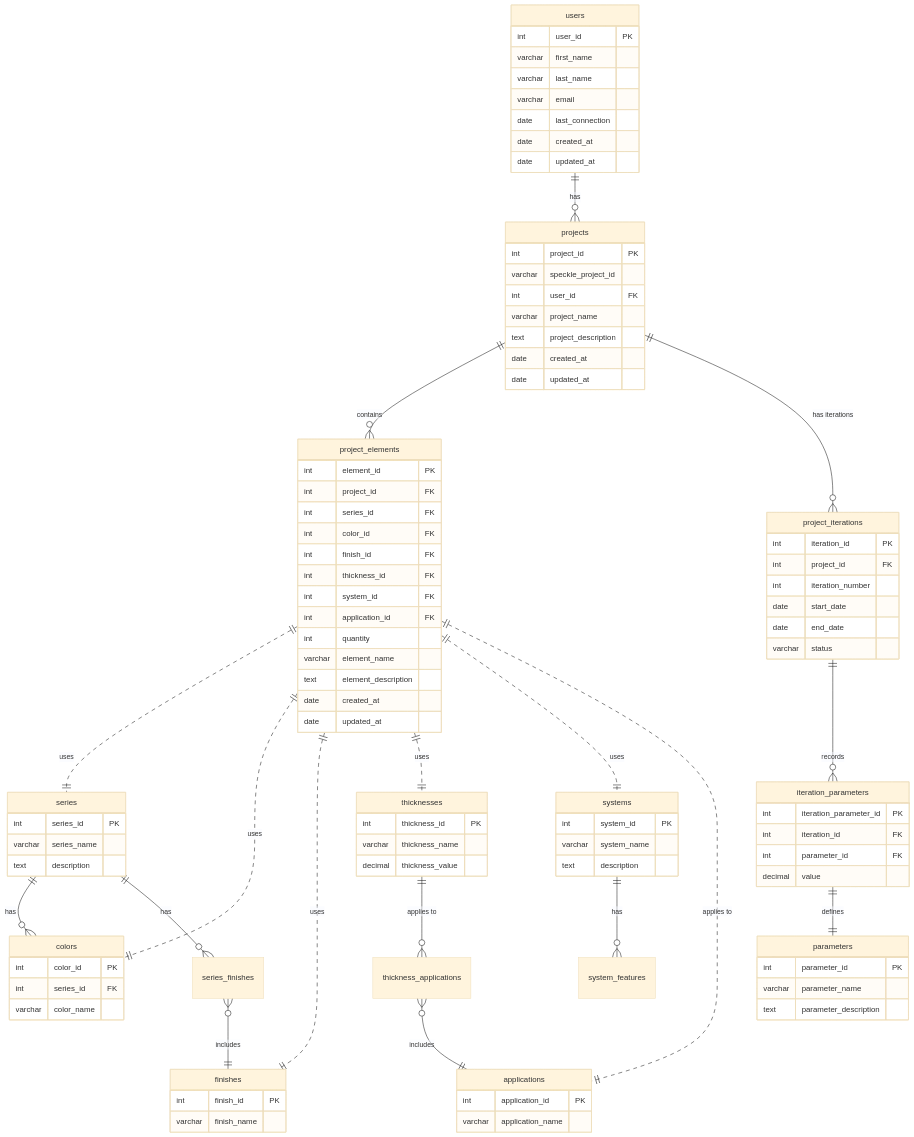
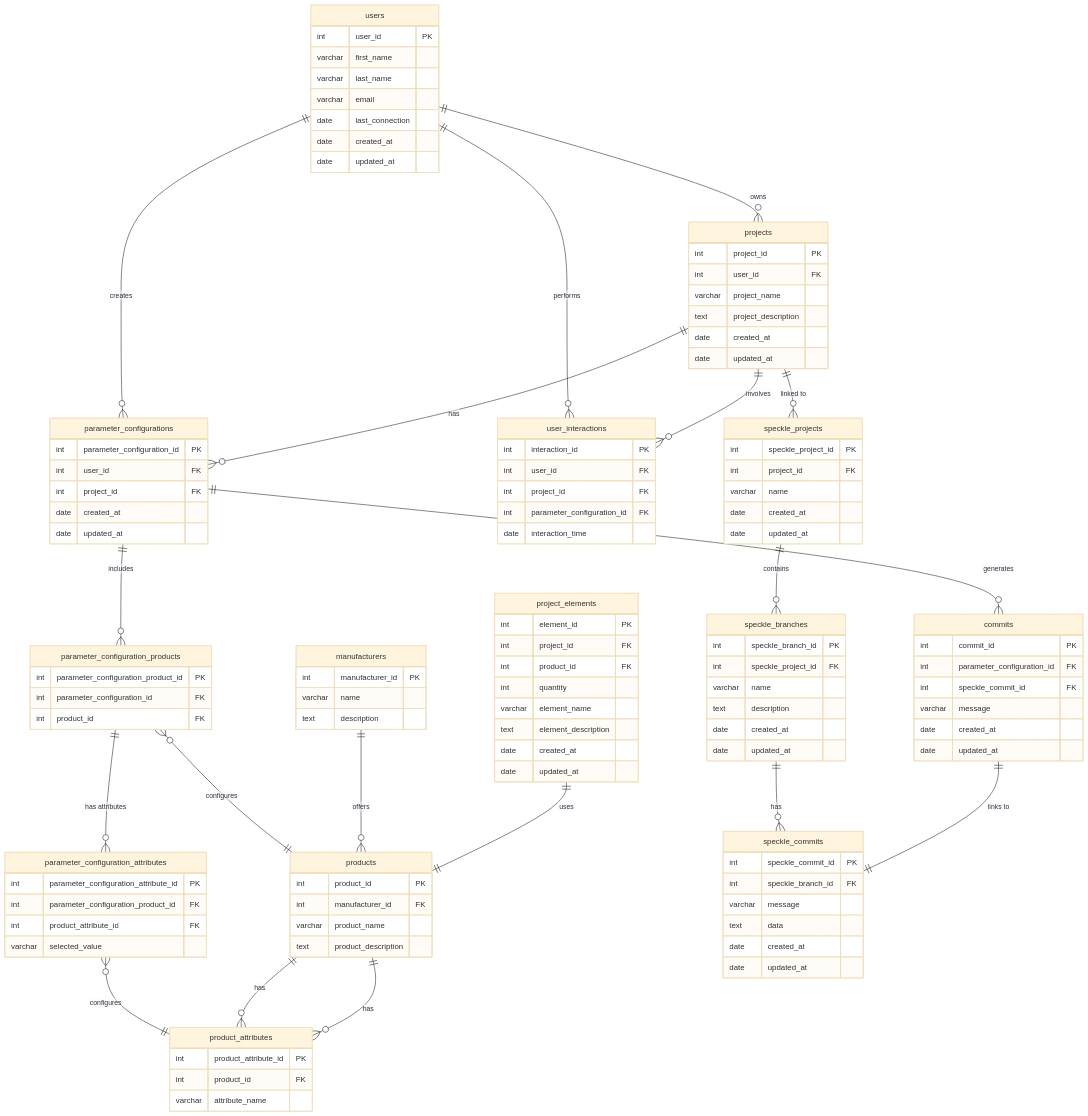
One commit to jan-casas/vsc-compute-dash changed the third of 3 diagrams in README.md. Above: the diagram before and after it, drawn with Mermaid (base theme).

Commit message:
feat: update database structure proposal in README.md

````diff
--- a/README.md
+++ b/README.md
@@ -264,5 +264,34 @@
 ```mermaid
 erDiagram
+
+    %% Users and Projects
+    users ||--o{ projects : "owns"
+    users ||--o{ parameter_configurations : "creates"
+    users ||--o{ user_interactions : "performs"
+
+    projects ||--o{ parameter_configurations : "has"
+    projects ||--o{ speckle_projects : "linked to"
+    projects ||--o{ user_interactions : "involves"
+
+    %% Parameter Configurations and Products
+    parameter_configurations ||--o{ parameter_configuration_products : "includes"
+    parameter_configuration_products }o--|| products : "configures"
+    parameter_configuration_products ||--o{ parameter_configuration_attributes : "has attributes"
+    parameter_configuration_attributes }o--|| product_attributes : "configures"
+
+    %% Speckle Data
+    speckle_projects ||--o{ speckle_branches : "contains"
+    speckle_branches ||--o{ speckle_commits : "has"
+
+    %% Commits
+    parameter_configurations ||--o{ commits : "generates"
+    commits ||--|| speckle_commits : "links to"
+
+    %% Manufacturer Metadata
+    manufacturers ||--o{ products : "offers"
+    products ||--o{ product_attributes : "has"
+
+    %% Existing Entities
     users {
         int user_id PK
         varchar first_name
@@ -275,7 +304,6 @@
 
     projects {
         int project_id PK
-        varchar speckle_project_id
         int user_id FK
         varchar project_name
         text project_description
@@ -283,15 +311,98 @@
         date updated_at
     }
 
+    parameter_configurations {
+        int parameter_configuration_id PK
+        int user_id FK
+        int project_id FK
+        date created_at
+        date updated_at
+    }
+
+    parameter_configuration_products {
+        int parameter_configuration_product_id PK
+        int parameter_configuration_id FK
+        int product_id FK
+    }
+
+    parameter_configuration_attributes {
+        int parameter_configuration_attribute_id PK
+        int parameter_configuration_product_id FK
+        int product_attribute_id FK
+        varchar selected_value
+    }
+
+    product_attributes {
+        int product_attribute_id PK
+        int product_id FK
+        varchar attribute_name
+    }
+
+    products {
+        int product_id PK
+        int manufacturer_id FK
+        varchar product_name
+        text product_description
+    }
+
+    commits {
+        int commit_id PK
+        int parameter_configuration_id FK
+        int speckle_commit_id FK
+        varchar message
+        date created_at
+        date updated_at
+    }
+
+    user_interactions {
+        int interaction_id PK
+        int user_id FK
+        int project_id FK
+        int parameter_configuration_id FK
+        date interaction_time
+    }
+
+    speckle_projects {
+        int speckle_project_id PK
+        int project_id FK
+        varchar name
+        date created_at
+        date updated_at
+    }
+
+    speckle_branches {
+        int speckle_branch_id PK
+        int speckle_project_id FK
+        varchar name
+        text description
+        date created_at
+        date updated_at
+    }
+
+    speckle_commits {
+        int speckle_commit_id PK
+        int speckle_branch_id FK
+        varchar message
+        text data
+        date created_at
+        date updated_at
+    }
+
+    manufacturers {
+        int manufacturer_id PK
+        varchar name
+        text description
+    }
+
+    %% Existing Relationships
+    products ||--o{ product_attributes : "has"
+    project_elements ||--|| products : "uses"
+
+    %% Connecting Products to Project Elements
     project_elements {
         int element_id PK
         int project_id FK
-        int series_id FK
-        int color_id FK
-        int finish_id FK
-        int thickness_id FK
-        int system_id FK
-        int application_id FK
+        int product_id FK
         int quantity
         varchar element_name
         text element_description
@@ -299,82 +410,4 @@
         date updated_at
     }
 
-    series {
-        int series_id PK
-        varchar series_name
-        text description
-    }
-
-    colors {
-        int color_id PK
-        int series_id FK
-        varchar color_name
-    }
-
-    finishes {
-        int finish_id PK
-        varchar finish_name
-    }
-
-    thicknesses {
-        int thickness_id PK
-        varchar thickness_name
-        decimal thickness_value
-    }
-
-    applications {
-        int application_id PK
-        varchar application_name
-    }
-
-    systems {
-        int system_id PK
-        varchar system_name
-        text description
-    }
-
-    %% New Entities for Iterations and Parameters
-    project_iterations {
-        int iteration_id PK
-        int project_id FK
-        int iteration_number
-        date start_date
-        date end_date
-        varchar status
-    }
-
-    parameters {
-        int parameter_id PK
-        varchar parameter_name
-        text parameter_description
-    }
-
-    iteration_parameters {
-        int iteration_parameter_id PK
-        int iteration_id FK
-        int parameter_id FK
-        decimal value
-    }
-
-    %% Relationships
-    users ||--o{ projects : "has"
-    projects ||--o{ project_elements : "contains"
-    project_elements ||..|| series : "uses"
-    project_elements ||..|| colors : "uses"
-    project_elements ||..|| finishes : "uses"
-    project_elements ||..|| thicknesses : "uses"
-    project_elements ||..|| systems : "uses"
-    project_elements ||..|| applications : "applies to"
-    series ||--o{ colors : "has"
-    series ||--o{ series_finishes : "has"
-    series_finishes }o--|| finishes : "includes"
-    thicknesses ||--o{ thickness_applications : "applies to"
-    thickness_applications }o--|| applications : "includes"
-    systems ||--o{ system_features : "has"
-
-    %% Relationships for Iterations and Parameters
-    projects ||--o{ project_iterations : "has iterations"
-    project_iterations ||--o{ iteration_parameters : "records"
-    iteration_parameters ||--|| parameters : "defines"
-
 ```
````
